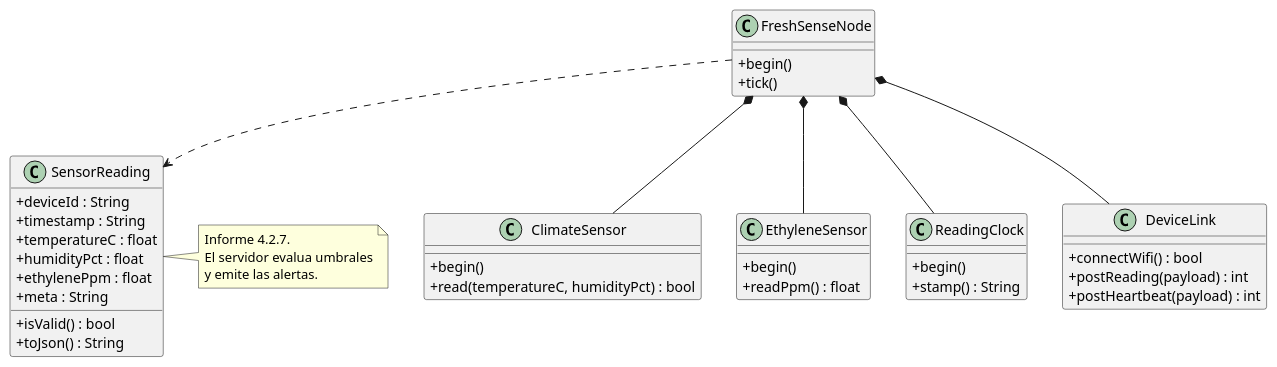
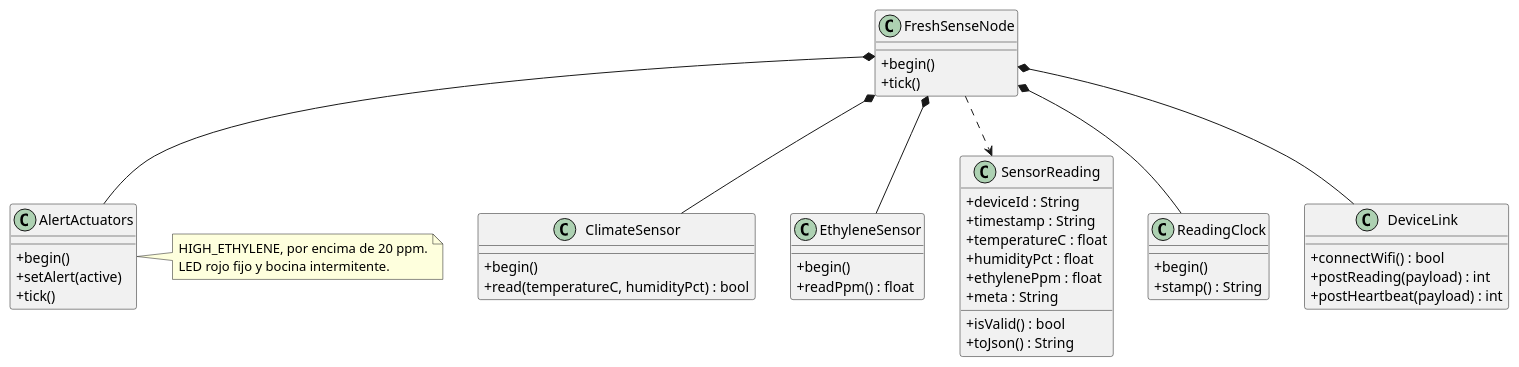
One commit to u202314019-MrOsoPanda/wokwi changed the diagram in docs/class-diagram.puml. Above: the diagram before and after it, drawn with PlantUML. The commit also changed 4 other files, not shown here.

Commit message:
Add the red LED and buzzer so the node signals HIGH_ETHYLENE inside the cold room.

```diff
--- a/docs/class-diagram.puml
+++ b/docs/class-diagram.puml
@@ -1,52 +1,58 @@
 @startuml FreshSenseDevice
 skinparam classAttributeIconSize 0
 
 class ClimateSensor {
   + begin()
   + read(temperatureC, humidityPct) : bool
 }
 
 class EthyleneSensor {
   + begin()
   + readPpm() : float
 }
 
 class SensorReading {
   + deviceId : String
   + timestamp : String
   + temperatureC : float
   + humidityPct : float
   + ethylenePpm : float
   + meta : String
   + isValid() : bool
   + toJson() : String
 }
 
 class ReadingClock {
   + begin()
   + stamp() : String
 }
 
+class AlertActuators {
+  + begin()
+  + setAlert(active)
+  + tick()
+}
+
 class DeviceLink {
   + connectWifi() : bool
   + postReading(payload) : int
   + postHeartbeat(payload) : int
 }
 
 class FreshSenseNode {
   + begin()
   + tick()
 }
 
 FreshSenseNode *-- ClimateSensor
 FreshSenseNode *-- EthyleneSensor
+FreshSenseNode *-- AlertActuators
 FreshSenseNode *-- ReadingClock
 FreshSenseNode *-- DeviceLink
 FreshSenseNode ..> SensorReading
 
-note right of SensorReading
-  Informe 4.2.7.
-  El servidor evalua umbrales
-  y emite las alertas.
+note right of AlertActuators
+  HIGH_ETHYLENE, por encima de 20 ppm.
+  LED rojo fijo y bocina intermitente.
 end note
 @enduml
```
